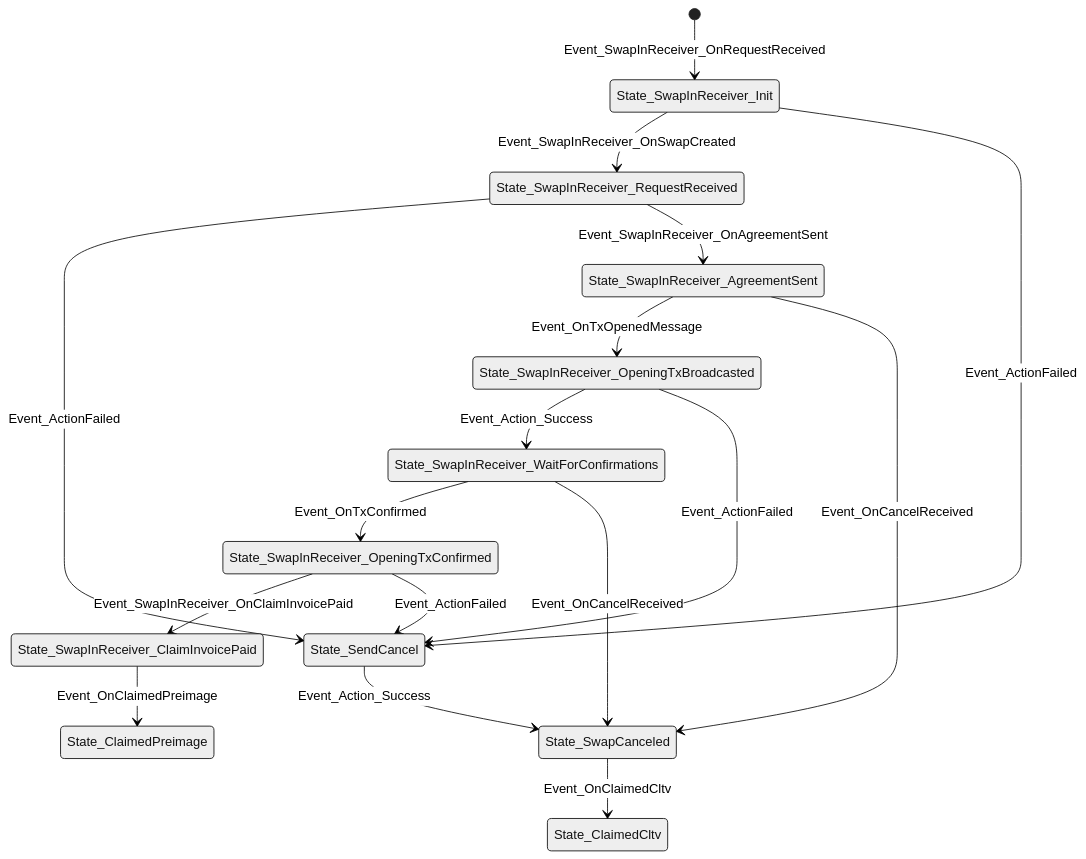
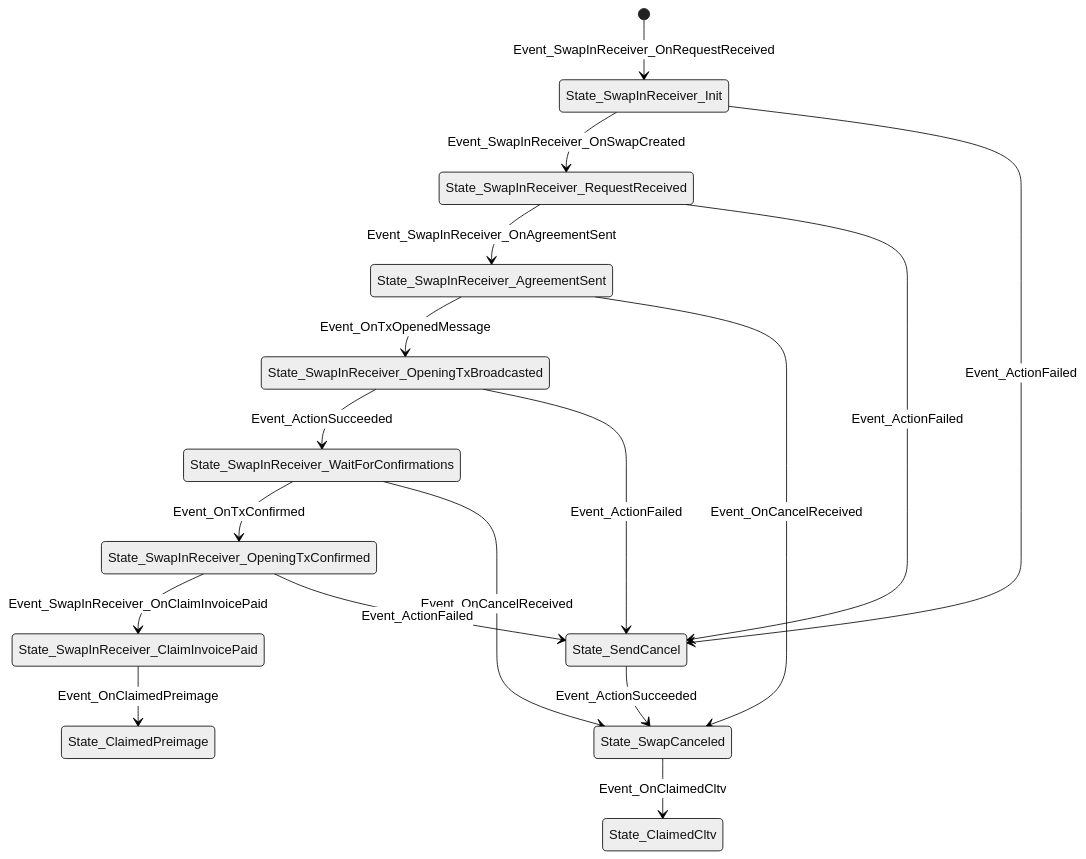
Before and after one commit to ElementsProject/peerswap: the diagram in docs/states_swapin_receiver.md, drawn with Mermaid (neutral theme). The commit also changed 18 other files, not shown here.

````diff
--- a/docs/states_swapin_receiver.md
+++ b/docs/states_swapin_receiver.md
@@ -1,30 +1,30 @@
 ```mermaid
 stateDiagram-v2
-State_SwapInReceiver_OpeningTxBroadcasted
-State_SwapInReceiver_OpeningTxBroadcasted --> State_SwapInReceiver_WaitForConfirmations: Event_Action_Success
-State_SwapInReceiver_OpeningTxBroadcasted --> State_SendCancel: Event_ActionFailed
-State_ClaimedPreimage
-[*] --> State_SwapInReceiver_Init: Event_SwapInReceiver_OnRequestReceived
-State_SwapInReceiver_Init
-State_SwapInReceiver_Init --> State_SwapInReceiver_RequestReceived: Event_SwapInReceiver_OnSwapCreated
-State_SwapInReceiver_Init --> State_SendCancel: Event_ActionFailed
+State_SwapInReceiver_RequestReceived
+State_SwapInReceiver_RequestReceived --> State_SwapInReceiver_AgreementSent: Event_SwapInReceiver_OnAgreementSent
+State_SwapInReceiver_RequestReceived --> State_SendCancel: Event_ActionFailed
 State_SwapInReceiver_AgreementSent
 State_SwapInReceiver_AgreementSent --> State_SwapInReceiver_OpeningTxBroadcasted: Event_OnTxOpenedMessage
 State_SwapInReceiver_AgreementSent --> State_SwapCanceled: Event_OnCancelReceived
-State_SwapInReceiver_ClaimInvoicePaid
-State_SwapInReceiver_ClaimInvoicePaid --> State_ClaimedPreimage: Event_OnClaimedPreimage
-State_ClaimedCltv
-State_SendCancel
-State_SendCancel --> State_SwapCanceled: Event_Action_Success
-State_SwapCanceled
-State_SwapCanceled --> State_ClaimedCltv: Event_OnClaimedCltv
-State_SwapInReceiver_RequestReceived
-State_SwapInReceiver_RequestReceived --> State_SendCancel: Event_ActionFailed
-State_SwapInReceiver_RequestReceived --> State_SwapInReceiver_AgreementSent: Event_SwapInReceiver_OnAgreementSent
+State_SwapInReceiver_OpeningTxBroadcasted
+State_SwapInReceiver_OpeningTxBroadcasted --> State_SwapInReceiver_WaitForConfirmations: Event_ActionSucceeded
+State_SwapInReceiver_OpeningTxBroadcasted --> State_SendCancel: Event_ActionFailed
 State_SwapInReceiver_WaitForConfirmations
 State_SwapInReceiver_WaitForConfirmations --> State_SwapInReceiver_OpeningTxConfirmed: Event_OnTxConfirmed
 State_SwapInReceiver_WaitForConfirmations --> State_SwapCanceled: Event_OnCancelReceived
 State_SwapInReceiver_OpeningTxConfirmed
 State_SwapInReceiver_OpeningTxConfirmed --> State_SwapInReceiver_ClaimInvoicePaid: Event_SwapInReceiver_OnClaimInvoicePaid
 State_SwapInReceiver_OpeningTxConfirmed --> State_SendCancel: Event_ActionFailed
+State_ClaimedCltv
+State_ClaimedPreimage
+State_SwapInReceiver_Init
+State_SwapInReceiver_Init --> State_SwapInReceiver_RequestReceived: Event_SwapInReceiver_OnSwapCreated
+State_SwapInReceiver_Init --> State_SendCancel: Event_ActionFailed
+State_SendCancel
+State_SendCancel --> State_SwapCanceled: Event_ActionSucceeded
+State_SwapInReceiver_ClaimInvoicePaid
+State_SwapInReceiver_ClaimInvoicePaid --> State_ClaimedPreimage: Event_OnClaimedPreimage
+State_SwapCanceled
+State_SwapCanceled --> State_ClaimedCltv: Event_OnClaimedCltv
+[*] --> State_SwapInReceiver_Init: Event_SwapInReceiver_OnRequestReceived
 ```
````
